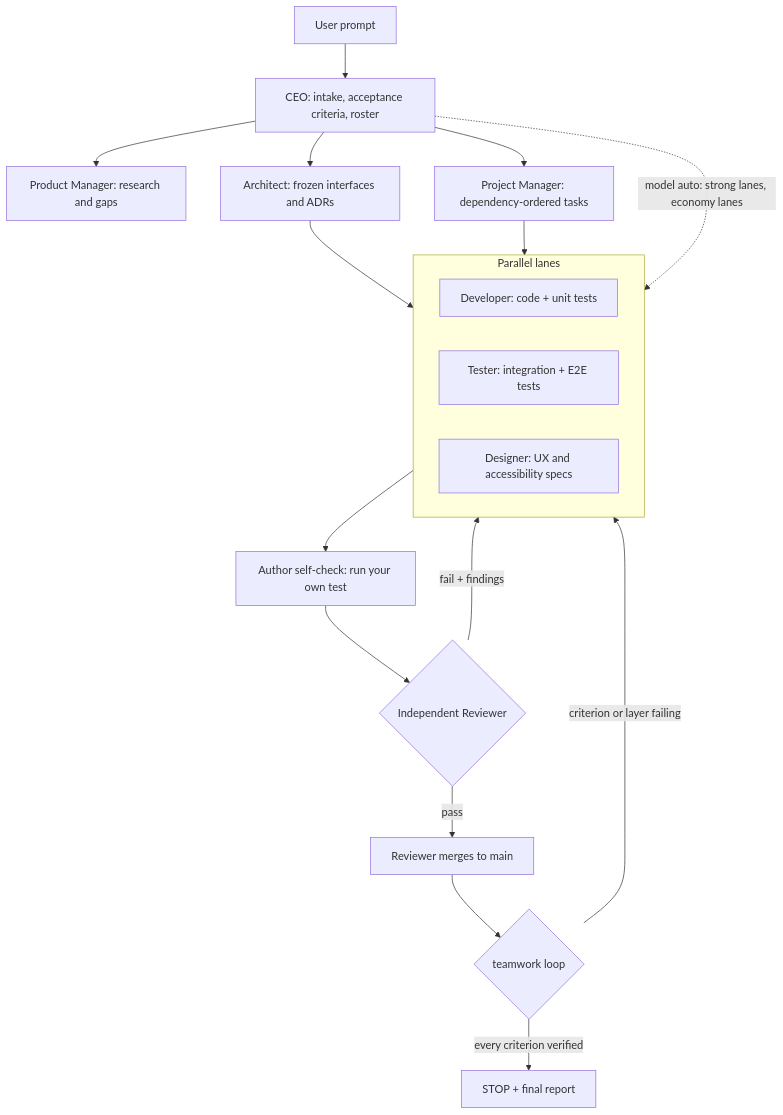
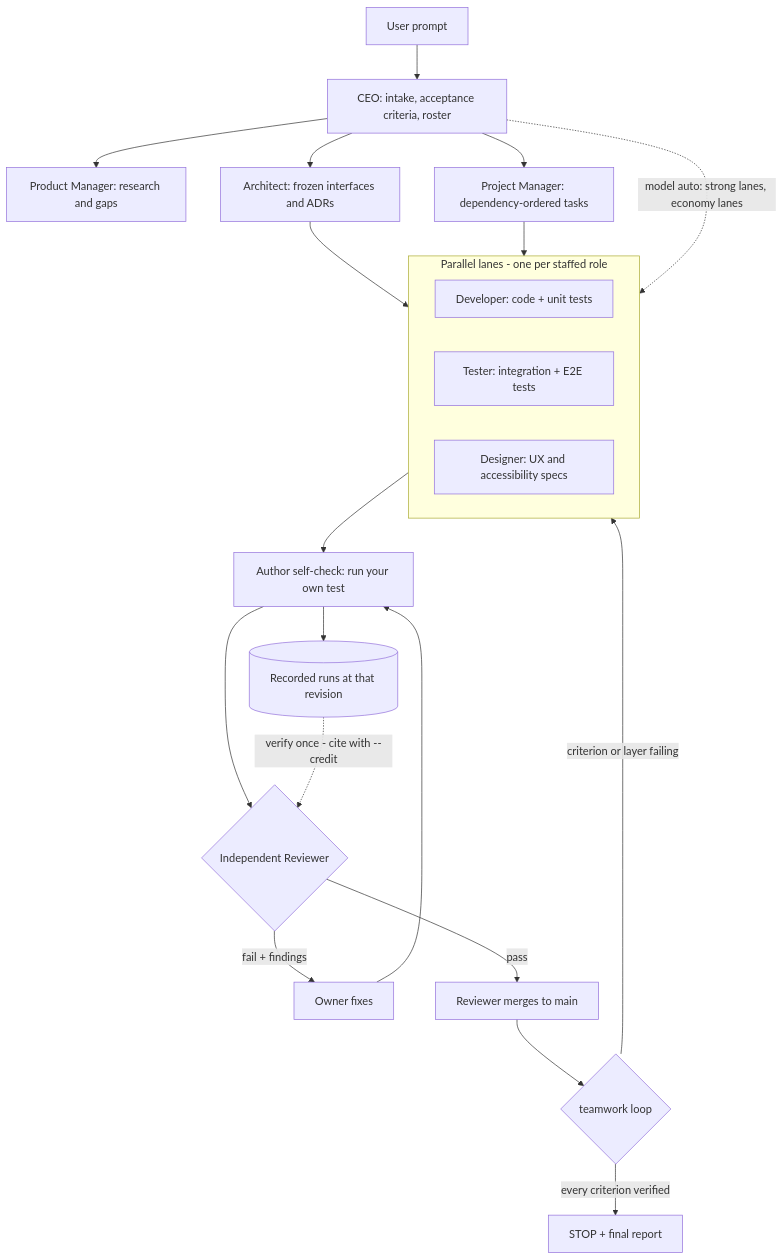
Before and after one commit to Nidvue/Teamwork: the diagram in README.md, drawn with Mermaid. The commit also changed 7 other files, not shown here.

````diff
--- a/README.md
+++ b/README.md
@@ -414,22 +414,25 @@
 ```mermaid
 flowchart TD
     U[User prompt] --> CEO[CEO: intake, acceptance criteria, roster]
     CEO --> RM[Product Manager: research and gaps]
     CEO --> AR[Architect: frozen interfaces and ADRs]
     CEO --> PJ[Project Manager: dependency-ordered tasks]
     AR --> LANES
     PJ --> LANES
     CEO -.->|model auto: strong lanes, economy lanes| LANES
-    subgraph LANES[Parallel lanes]
+    subgraph LANES[Parallel lanes - one per staffed role]
         DEV[Developer: code + unit tests]
         TST[Tester: integration + E2E tests]
         DES[Designer: UX and accessibility specs]
     end
     LANES --> SC[Author self-check: run your own test]
+    SC --> REC[(Recorded runs at that revision)]
     SC --> RV{Independent Reviewer}
-    RV -- fail + findings --> LANES
+    REC -.->|verify once - cite with --credit| RV
+    RV -- fail + findings --> FX[Owner fixes]
+    FX --> SC
     RV -- pass --> MG[Reviewer merges to main]
     MG --> LP{teamwork loop}
     LP -- criterion or layer failing --> LANES
     LP -- every criterion verified --> STOP[STOP + final report]
 ```
````
